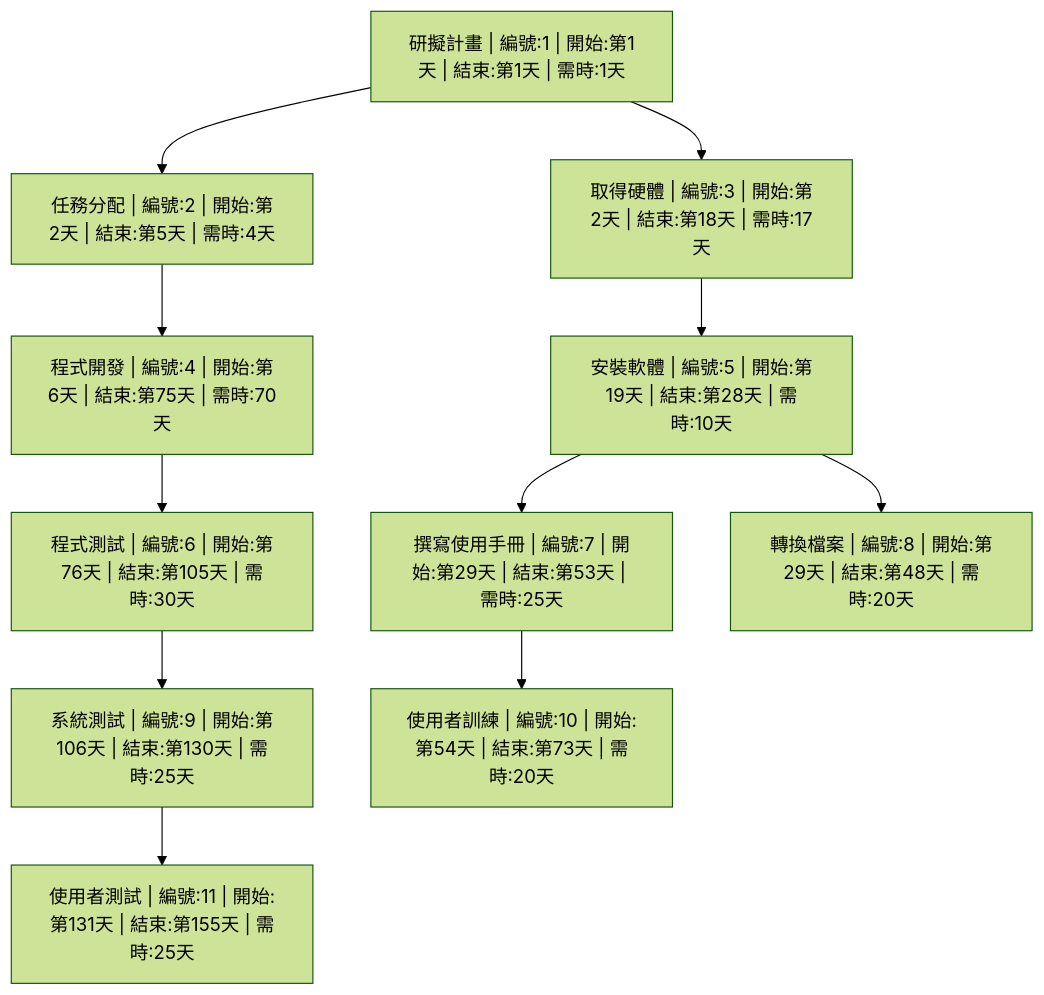
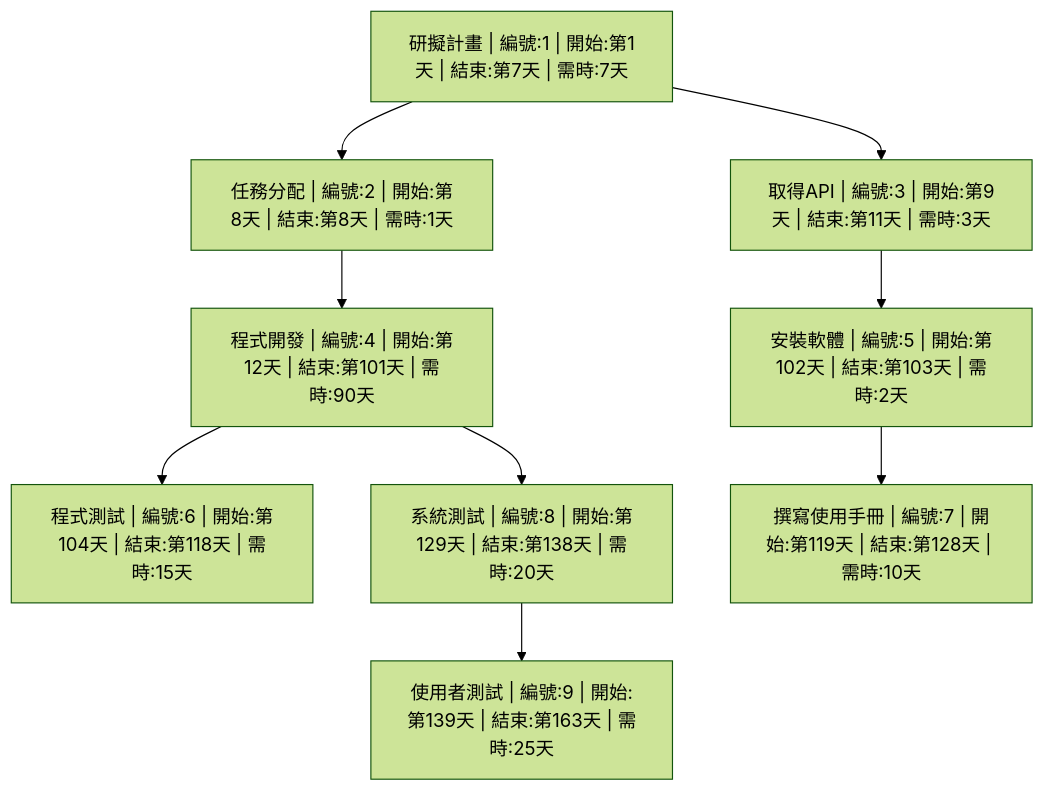
One commit to koreanfish1450/AI-answer-correction changed the third of 3 diagrams in 系統分析/team_HW2/HW.md. Above: the diagram before and after it, drawn with Mermaid (forest theme). The commit also changed other lines of this file, not shown here.

````diff
--- a/系統分析/team_HW2/HW.md
+++ b/系統分析/team_HW2/HW.md
@@ -46,18 +42,15 @@
 ```mermaid
    graph TD
-    no1["研擬計畫 | 編號:1 | 開始:第1天 | 結束:第1天 | 需時:1天"] --> no2["任務分配 | 編號:2 | 開始:第2天 | 結束:第5天 | 需時:4天"]
-    no1 --> no3["取得硬體 | 編號:3 | 開始:第2天 | 結束:第18天 | 需時:17天"]
+    no1["研擬計畫 | 編號:1 | 開始:第1天 | 結束:第7天 | 需時:7天"] --> no2["任務分配 | 編號:2 | 開始:第8天 | 結束:第8天 | 需時:1天"]
+    no1 --> no3["取得API | 編號:3 | 開始:第9天 | 結束:第11天 | 需時:3天"]
 
-    no2 --> no4["程式開發 | 編號:4 | 開始:第6天 | 結束:第75天 | 需時:70天"]
-    no3 --> no5["安裝軟體 | 編號:5 | 開始:第19天 | 結束:第28天 | 需時:10天"]
+    no2 --> no4["程式開發 | 編號:4 | 開始:第12天 | 結束:第101天 | 需時:90天"]
+    no3 --> no5["安裝軟體 | 編號:5 | 開始:第102天 | 結束:第103天 | 需時:2天"]
 
-    no4 --> no6["程式測試 | 編號:6 | 開始:第76天 | 結束:第105天 | 需時:30天"]
-    no5 --> no7["撰寫使用手冊 | 編號:7 | 開始:第29天 | 結束:第53天 | 需時:25天"]
-    no5 --> no8["轉換檔案 | 編號:8 | 開始:第29天 | 結束:第48天 | 需時:20天"]
+    no4 --> no6["程式測試 | 編號:6 | 開始:第104天 | 結束:第118天 | 需時:15天"]
+    no5 --> no7["撰寫使用手冊 | 編號:7 | 開始:第119天 | 結束:第128天 | 需時:10天"]
+    no4 --> no8["系統測試 | 編號:8 | 開始:第129天 | 結束:第138天 | 需時:20天"]
 
-    no6 --> no9["系統測試 | 編號:9 | 開始:第106天 | 結束:第130天 | 需時:25天"]
-    no7 --> no10["使用者訓練 | 編號:10 | 開始:第54天 | 結束:第73天 | 需時:20天"]
-
-    no9 --> no11["使用者測試 | 編號:11 | 開始:第131天 | 結束:第155天 | 需時:25天"]
+    no8 --> no9["使用者測試 | 編號:9 | 開始:第139天 | 結束:第163天 | 需時:25天"]
 
 ```
````
